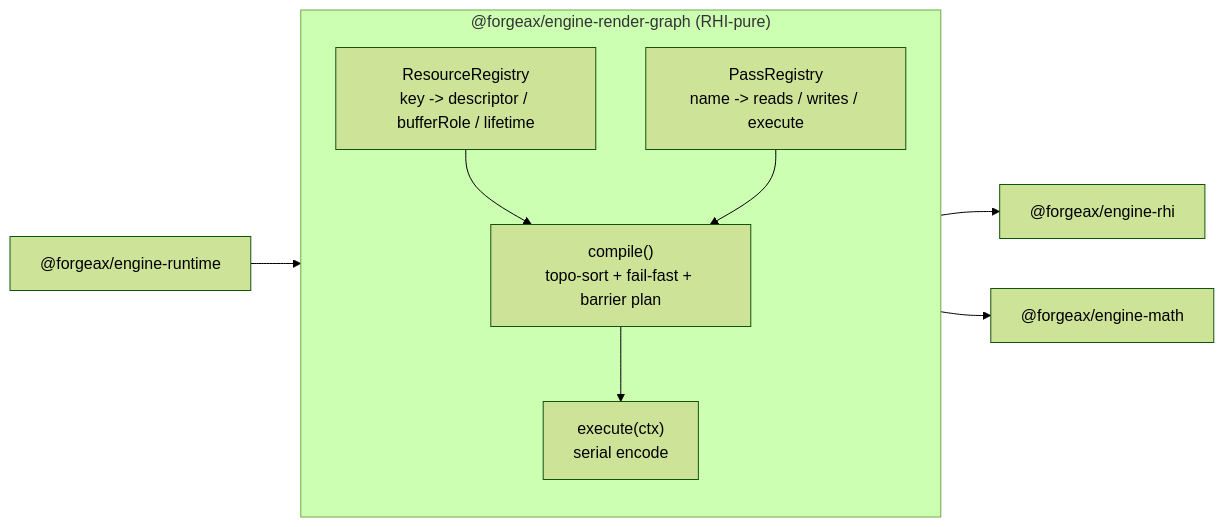
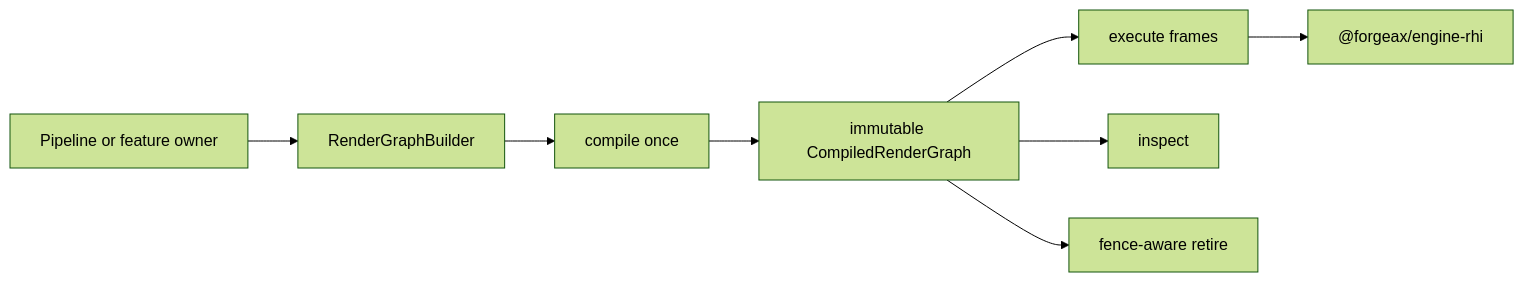
The first of 2 diagrams in packages/engine/packages/render-graph/README.md (ForgeaX-Games/forgeax-editor), drawn with Mermaid (forest theme) before and after one commit. The commit also changed other lines of this file and 5042 other files, not shown here.

````diff
--- a/packages/engine/packages/render-graph/README.md
+++ b/packages/engine/packages/render-graph/README.md
@@ -9,14 +16,10 @@
 ```mermaid
 flowchart LR
-  subgraph rg["@forgeax/engine-render-graph (RHI-pure)"]
-    RES["ResourceRegistry<br/>key -> descriptor / bufferRole / lifetime"]
-    PASS["PassRegistry<br/>name -> reads / writes / execute"]
-    COMP["compile()<br/>topo-sort + fail-fast + barrier plan"]
-    EXEC["execute(ctx)<br/>serial encode"]
-    RES --> COMP
-    PASS --> COMP --> EXEC
-  end
-  rg --> rhi["@forgeax/engine-rhi"]
-  rg --> math["@forgeax/engine-math"]
-  runtime["@forgeax/engine-runtime"] --> rg
+  OWNER["Pipeline or feature owner"] --> BUILDER["RenderGraphBuilder"]
+  BUILDER --> COMPILE["compile once"]
+  COMPILE --> GRAPH["immutable CompiledRenderGraph"]
+  GRAPH --> EXEC["execute frames"]
+  GRAPH --> INSPECT["inspect"]
+  GRAPH --> RETIRE["fence-aware retire"]
+  EXEC --> RHI["@forgeax/engine-rhi"]
 ```
````
